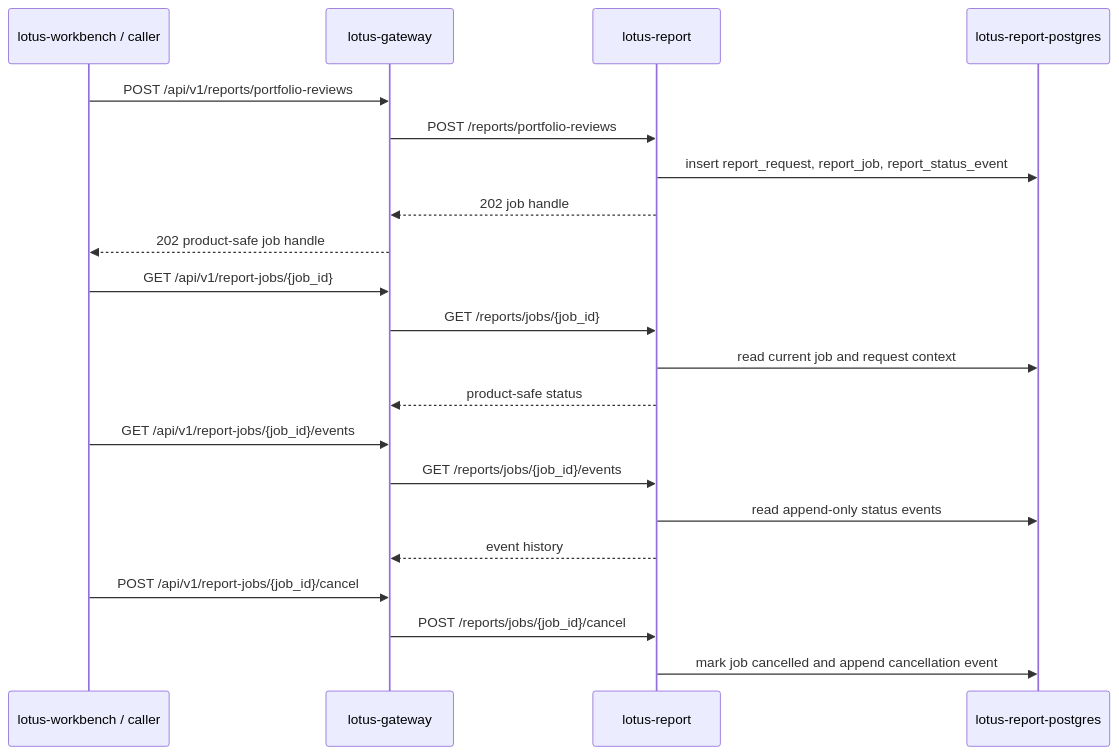
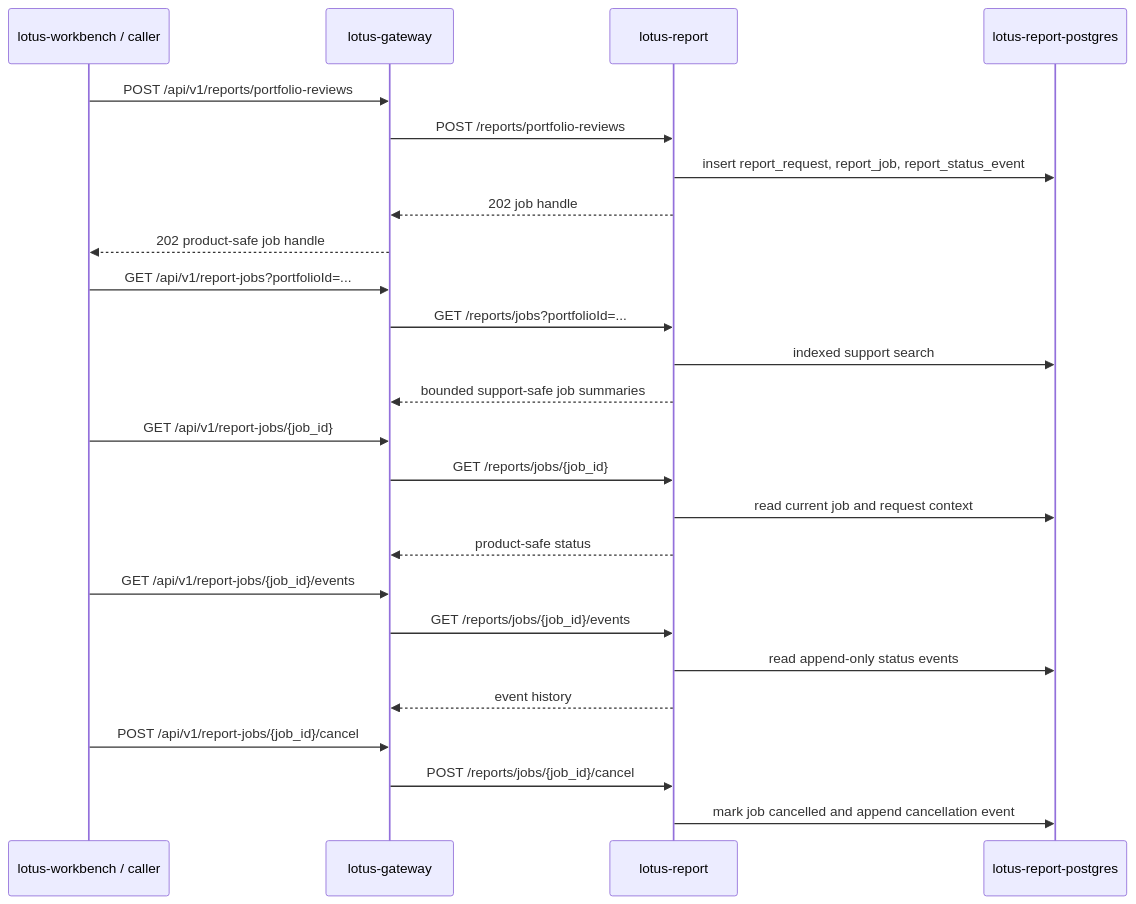
The diagram in wiki/Operations-Runbook.md (sgajbi/lotus-report), drawn with Mermaid before and after one commit. The commit also changed other lines of this file and 11 other files, not shown here.

Commit message:
add certified report job operations API

````diff
--- a/wiki/Operations-Runbook.md
+++ b/wiki/Operations-Runbook.md
@@ -53,24 +53,28 @@
 ```mermaid
 sequenceDiagram
     participant WB as lotus-workbench / caller
     participant GW as lotus-gateway
     participant REPORT as lotus-report
     participant PG as lotus-report-postgres
 
     WB->>GW: POST /api/v1/reports/portfolio-reviews
     GW->>REPORT: POST /reports/portfolio-reviews
     REPORT->>PG: insert report_request, report_job, report_status_event
     REPORT-->>GW: 202 job handle
     GW-->>WB: 202 product-safe job handle
+    WB->>GW: GET /api/v1/report-jobs?portfolioId=...
+    GW->>REPORT: GET /reports/jobs?portfolioId=...
+    REPORT->>PG: indexed support search
+    REPORT-->>GW: bounded support-safe job summaries
     WB->>GW: GET /api/v1/report-jobs/{job_id}
     GW->>REPORT: GET /reports/jobs/{job_id}
     REPORT->>PG: read current job and request context
     REPORT-->>GW: product-safe status
     WB->>GW: GET /api/v1/report-jobs/{job_id}/events
     GW->>REPORT: GET /reports/jobs/{job_id}/events
     REPORT->>PG: read append-only status events
     REPORT-->>GW: event history
     WB->>GW: POST /api/v1/report-jobs/{job_id}/cancel
     GW->>REPORT: POST /reports/jobs/{job_id}/cancel
     REPORT->>PG: mark job cancelled and append cancellation event
 ```
````
